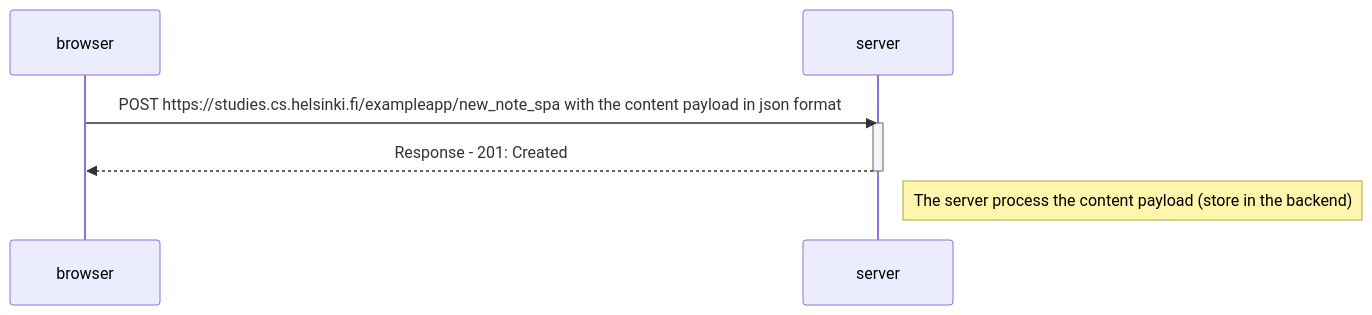
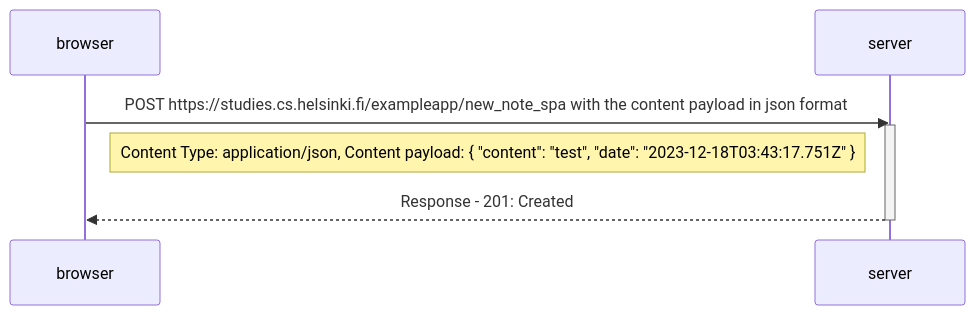
One commit to orvintritama/fullstackopen changed the diagram in part0/0.6-new-note-spa-diagram.md. Above: the diagram before and after it, drawn with Mermaid.

````diff
--- a/part0/0.6-new-note-spa-diagram.md
+++ b/part0/0.6-new-note-spa-diagram.md
@@ -1,11 +1,11 @@
 ```mermaid
 sequenceDiagram
     participant browser
     participant server
 
     browser->>server: POST https://studies.cs.helsinki.fi/exampleapp/new_note_spa with the content payload in json format
-    activate server    
+    activate server
+    Note right of browser: Content Type: application/json, Content payload: { "content": "test", "date": "2023-12-18T03:43:17.751Z" }
     server-->>browser: Response - 201: Created
     deactivate server
-    Note right of server: The server process the content payload (store in the backend)
 ```
````
